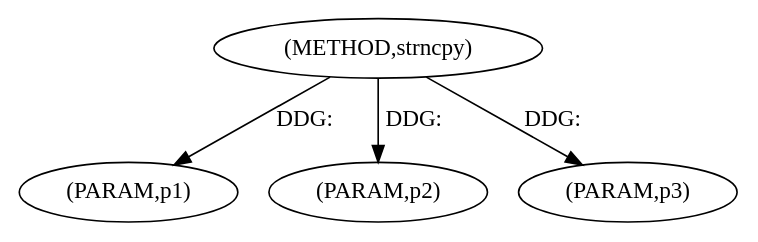
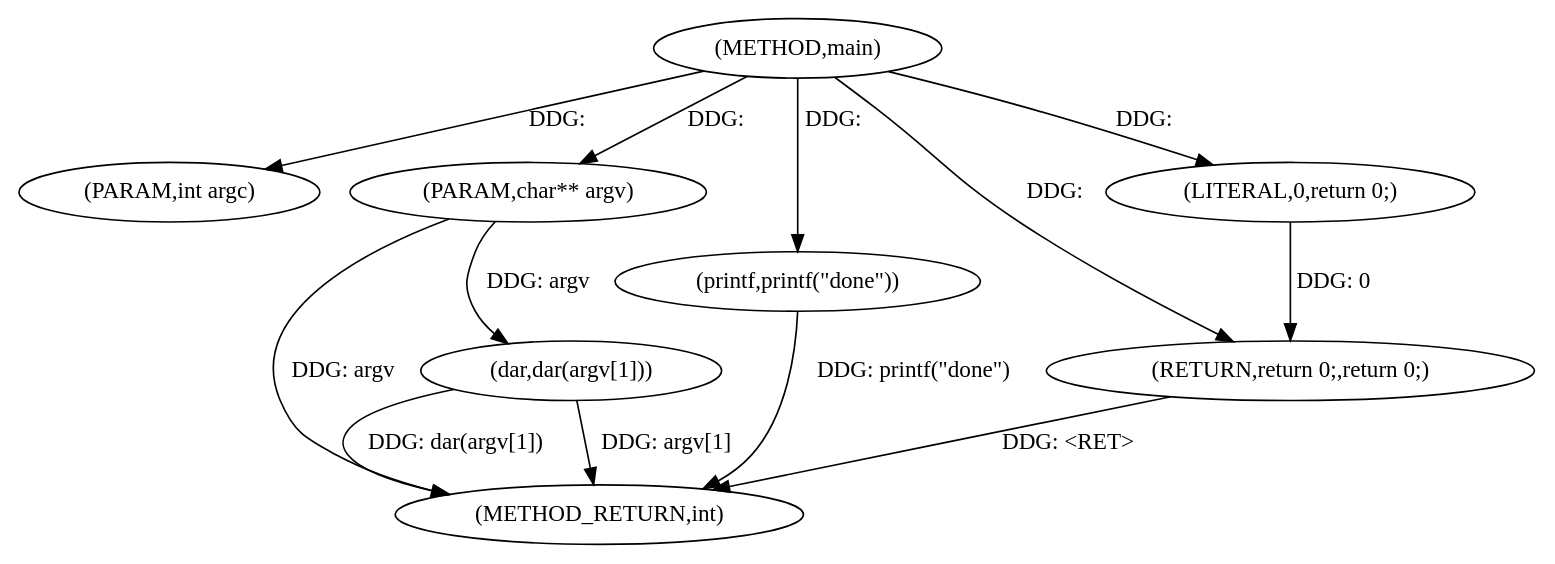
One commit to trasen1003/BOF_ML changed the diagram in outdir/11-pdg.dot. Above: the diagram before and after it, drawn with Graphviz. The commit also changed 341 other files, not shown here.

```diff
--- a/outdir/11-pdg.dot
+++ b/outdir/11-pdg.dot
@@ -1,9 +1,22 @@
-digraph strncpy {  
-"1000436" [label = "(METHOD,strncpy)" ]
-"1000437" [label = "(PARAM,p1)" ]
-"1000438" [label = "(PARAM,p2)" ]
-"1000439" [label = "(PARAM,p3)" ]
-  "1000436" -> "1000437"  [ label = "DDG: "] 
-  "1000436" -> "1000438"  [ label = "DDG: "] 
-  "1000436" -> "1000439"  [ label = "DDG: "] 
+digraph main {  
+"461168601843689140" [label = "(METHOD,main)" ]
+"461168601843689152" [label = "(METHOD_RETURN,int)" ]
+"461168601843689141" [label = "(PARAM,int argc)" ]
+"461168601843689142" [label = "(PARAM,char** argv)" ]
+"461168601843689144" [label = "(dar,dar(argv[1]))" ]
+"461168601843689148" [label = "(printf,printf(\"done\"))" ]
+"461168601843689150" [label = "(RETURN,return 0;,return 0;)" ]
+"461168601843689151" [label = "(LITERAL,0,return 0;)" ]
+  "461168601843689148" -> "461168601843689152"  [ label = "DDG: printf(\"done\")"] 
+  "461168601843689144" -> "461168601843689152"  [ label = "DDG: dar(argv[1])"] 
+  "461168601843689144" -> "461168601843689152"  [ label = "DDG: argv[1]"] 
+  "461168601843689142" -> "461168601843689152"  [ label = "DDG: argv"] 
+  "461168601843689150" -> "461168601843689152"  [ label = "DDG: <RET>"] 
+  "461168601843689140" -> "461168601843689141"  [ label = "DDG: "] 
+  "461168601843689140" -> "461168601843689142"  [ label = "DDG: "] 
+  "461168601843689142" -> "461168601843689144"  [ label = "DDG: argv"] 
+  "461168601843689140" -> "461168601843689148"  [ label = "DDG: "] 
+  "461168601843689151" -> "461168601843689150"  [ label = "DDG: 0"] 
+  "461168601843689140" -> "461168601843689150"  [ label = "DDG: "] 
+  "461168601843689140" -> "461168601843689151"  [ label = "DDG: "] 
 }
```
